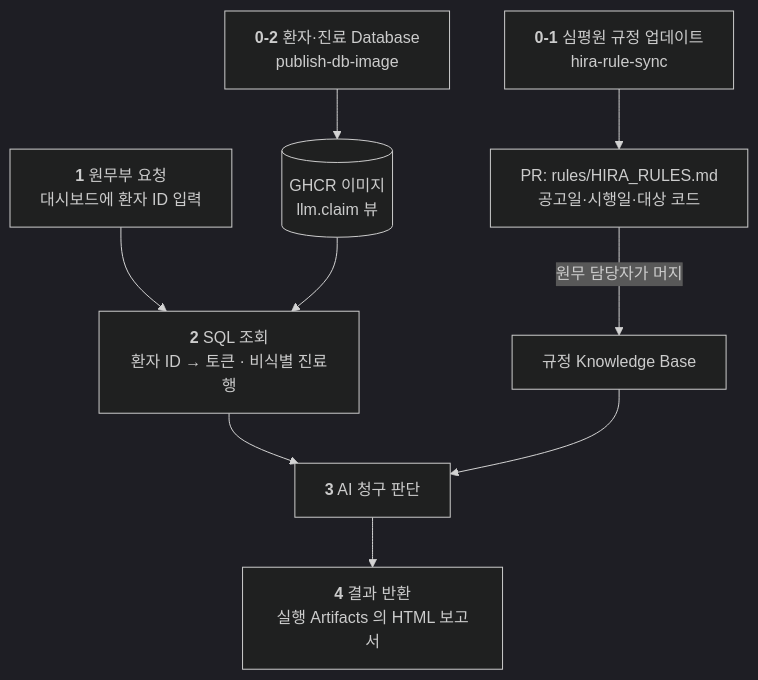
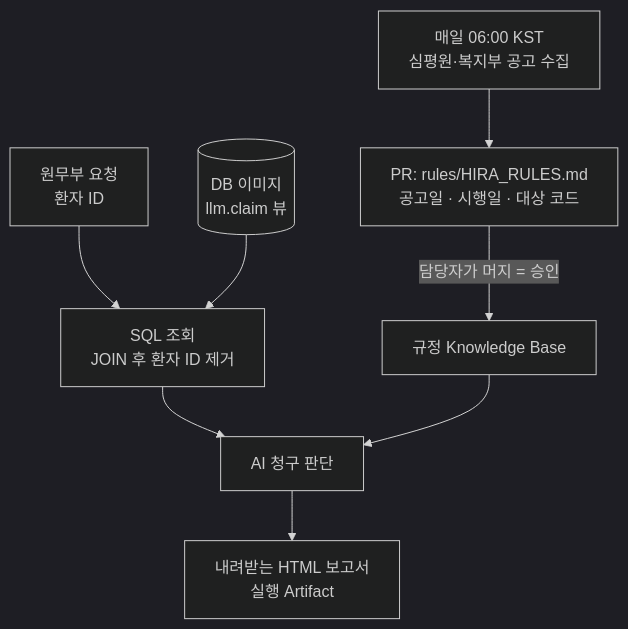
The diagram in README.md (t-hajongkim/hira-billing-copilot), drawn with Mermaid (dark theme) before and after one commit. The commit also changed other lines of this file and 2 other files, not shown here.

````diff
--- a/README.md
+++ b/README.md
@@ -11,12 +12,10 @@
 ```mermaid
 flowchart TD
-    A["<b>0-1</b> 심평원 규정 업데이트<br/>hira-rule-sync"] --> A2["PR: rules/HIRA_RULES.md<br/>공고일·시행일·대상 코드"]
-    A2 -->|원무 담당자가 머지| KB["규정 Knowledge Base"]
-    B["<b>0-2</b> 환자·진료 Database<br/>publish-db-image"] --> DB[("GHCR 이미지<br/>llm.claim 뷰")]
-
-    C["<b>1</b> 원무부 요청<br/>대시보드에 환자 ID 입력"] --> D["<b>2</b> SQL 조회<br/>환자 ID → 토큰 · 비식별 진료행"]
-    DB --> D
-    D --> E["<b>3</b> AI 청구 판단"]
-    KB --> E
-    E --> F["<b>4</b> 결과 반환<br/>실행 Artifacts 의 HTML 보고서"]
+    A["매일 06:00 KST<br/>심평원·복지부 공고 수집"] --> B["PR: rules/HIRA_RULES.md<br/>공고일 · 시행일 · 대상 코드"]
+    B -->|담당자가 머지 = 승인| C["규정 Knowledge Base"]
+    D["원무부 요청<br/>환자 ID"] --> E["SQL 조회<br/>JOIN 후 환자 ID 제거"]
+    F[("DB 이미지<br/>llm.claim 뷰")] --> E
+    E --> G["AI 청구 판단"]
+    C --> G
+    G --> H["내려받는 HTML 보고서<br/>실행 Artifact"]
 ```
````
